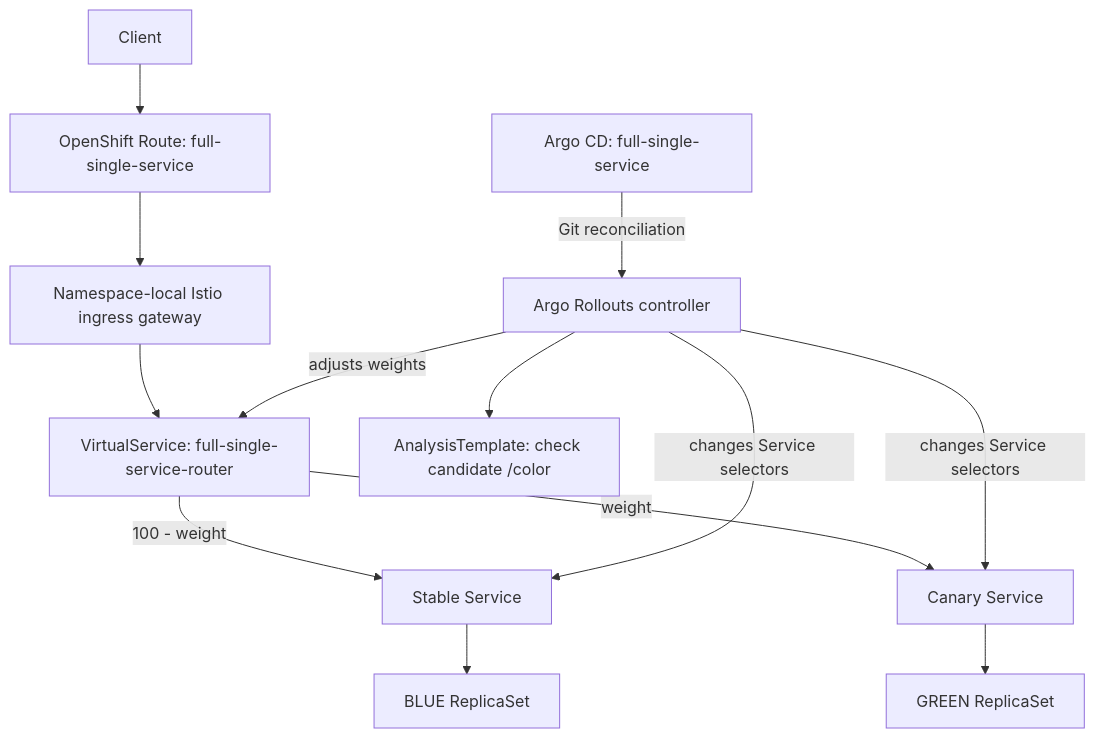
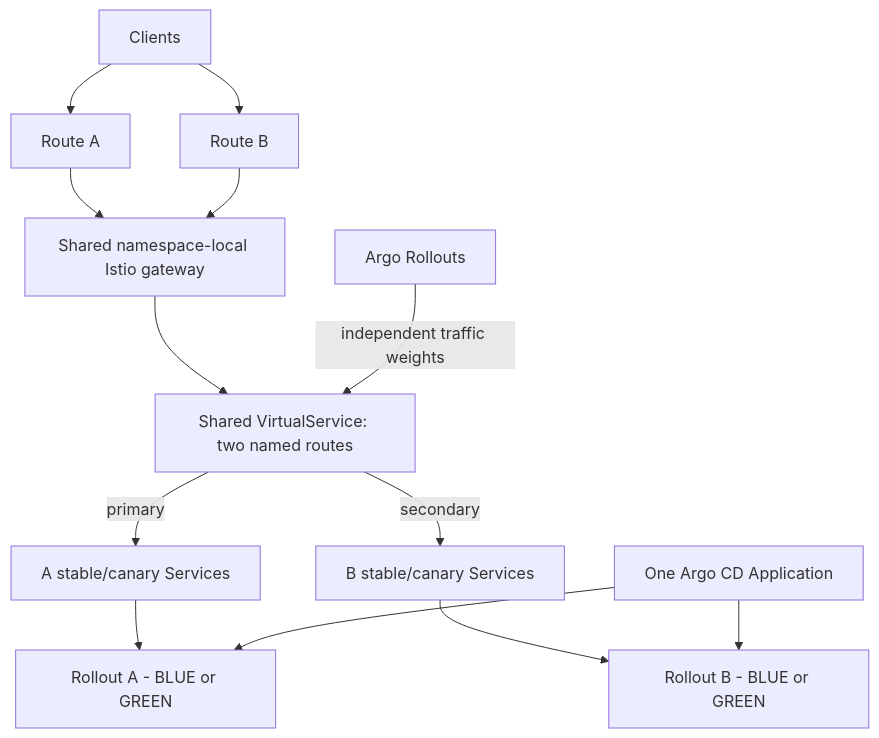
One commit to gstephan76/argo-sm changed the diagram in full-single-service/README.md. Above: the diagram before and after it, drawn with Mermaid. The commit also changed other lines of this file and 12 other files, not shown here.

Commit message:
Add second independent Rollout and Kiali telemetry

````diff
--- a/full-single-service/README.md
+++ b/full-single-service/README.md
@@ -33,15 +33,15 @@
 ```mermaid
 flowchart TD
-    Client[Client] --> Route[OpenShift Route: full-single-service]
-    Route --> Gateway[Namespace-local Istio ingress gateway]
-    Gateway --> VS[VirtualService: full-single-service-router]
-    VS -->|100 - weight| Stable[Stable Service]
-    VS -->|weight| Canary[Canary Service]
-    Stable --> Blue[BLUE ReplicaSet]
-    Canary --> Green[GREEN ReplicaSet]
-    Rollouts[Argo Rollouts controller] -->|adjusts weights| VS
-    Rollouts -->|changes Service selectors| Stable
-    Rollouts -->|changes Service selectors| Canary
-    Rollouts --> Analyses[AnalysisTemplate: check candidate /color]
-    CD[Argo CD: full-single-service] -->|Git reconciliation| Rollouts
+    Client[Clients] --> RouteA[Route A]
+    Client --> RouteB[Route B]
+    RouteA --> Gateway[Shared namespace-local Istio gateway]
+    RouteB --> Gateway
+    Gateway --> VS[Shared VirtualService: two named routes]
+    VS -->|primary| StableA[A stable/canary Services]
+    VS -->|secondary| StableB[B stable/canary Services]
+    StableA --> RA[Rollout A - BLUE or GREEN]
+    StableB --> RB[Rollout B - BLUE or GREEN]
+    Controller[Argo Rollouts] -->|independent traffic weights| VS
+    CD[One Argo CD Application] --> RA
+    CD --> RB
 ```
````
